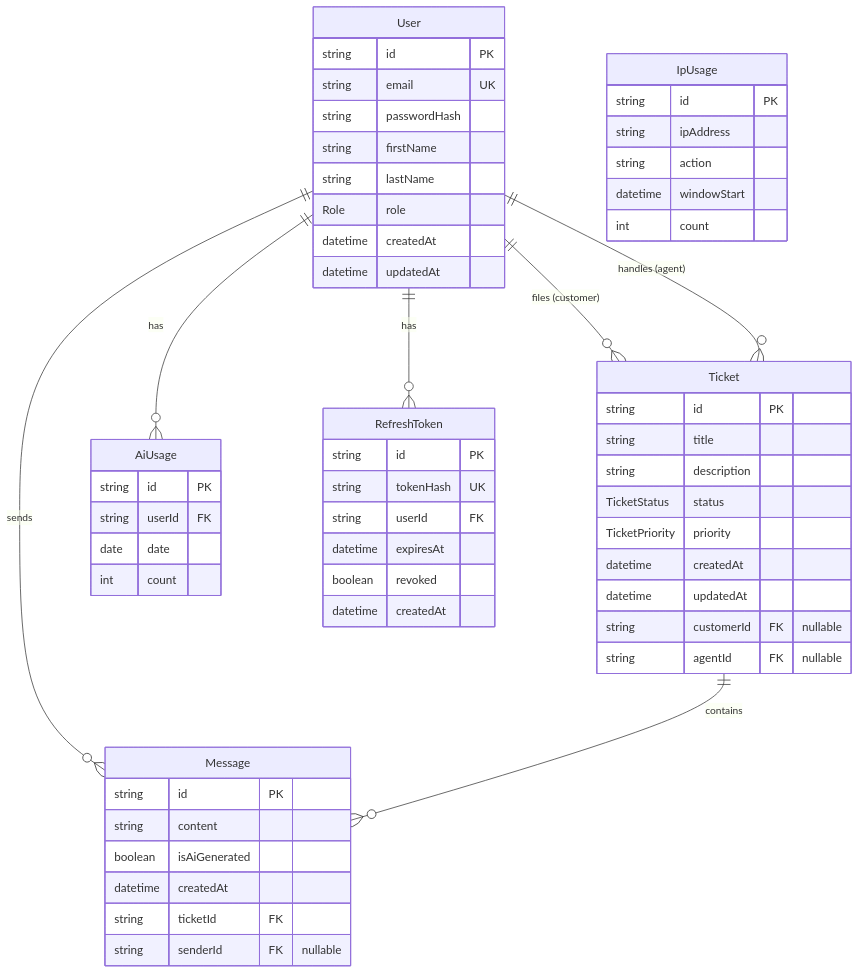
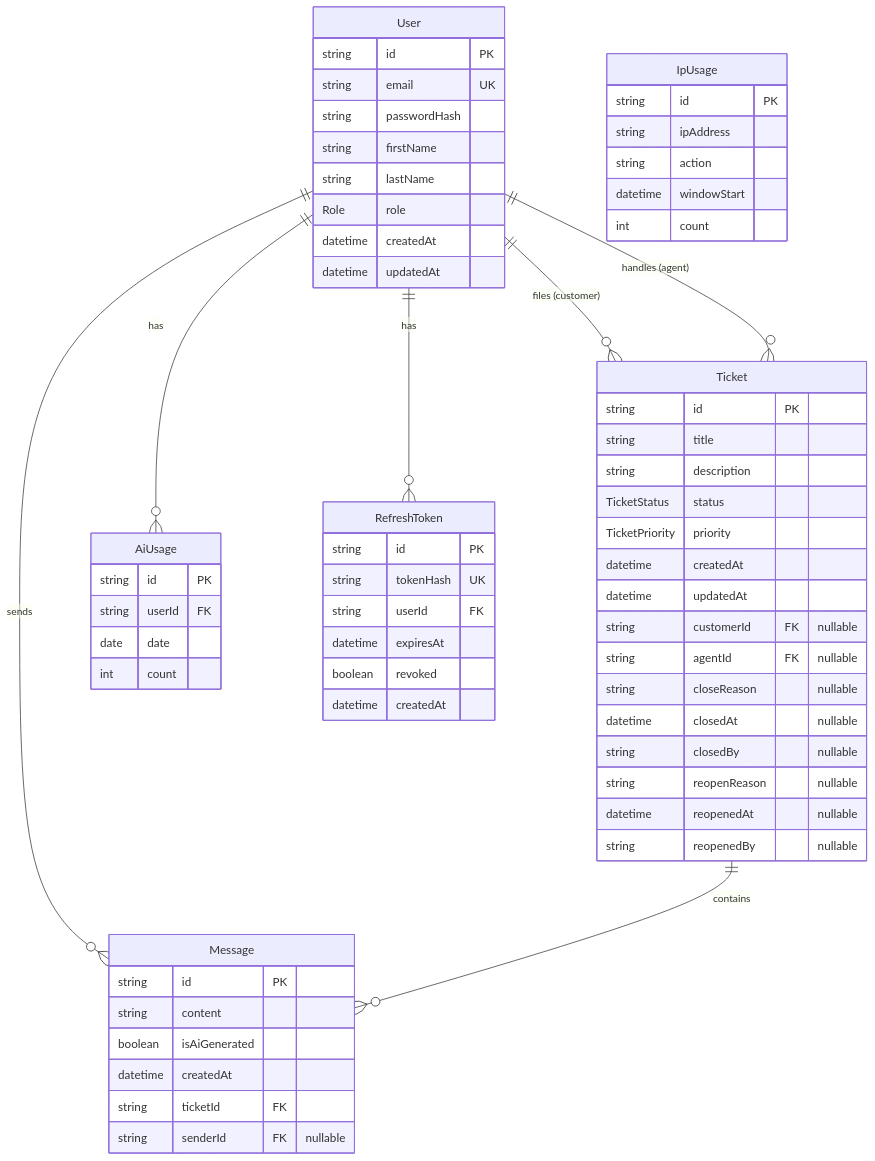
One commit to Molnar-Zoltan/it-helpdesk changed the diagram in docs/schema.md. Above: the diagram before and after it, drawn with Mermaid. The commit also changed other lines of this file and 3 other files, not shown here.

Commit message:
docs: document ticket endpoints and update roadmap (Step 4.1.8)

````diff
--- a/docs/schema.md
+++ b/docs/schema.md
@@ -20,65 +20,71 @@
 ```mermaid
 erDiagram
     User ||--o{ Ticket : "files (customer)"
     User ||--o{ Ticket : "handles (agent)"
     User ||--o{ Message : sends
     User ||--o{ AiUsage : has
     User ||--o{ RefreshToken : has
     Ticket ||--o{ Message : contains
 
     User {
         string id PK
         string email UK
         string passwordHash
         string firstName
         string lastName
         Role role
         datetime createdAt
         datetime updatedAt
     }
 
     Ticket {
         string id PK
         string title
         string description
         TicketStatus status
         TicketPriority priority
         datetime createdAt
         datetime updatedAt
         string customerId FK "nullable"
         string agentId FK "nullable"
+        string closeReason "nullable"
+        datetime closedAt "nullable"
+        string closedBy "nullable"
+        string reopenReason "nullable"
+        datetime reopenedAt "nullable"
+        string reopenedBy "nullable"
     }
 
     Message {
         string id PK
         string content
         boolean isAiGenerated
         datetime createdAt
         string ticketId FK
         string senderId FK "nullable"
     }
 
     AiUsage {
         string id PK
         string userId FK
         date date
         int count
     }
 
     IpUsage {
         string id PK
         string ipAddress
         string action
         datetime windowStart
         int count
     }
 
     RefreshToken {
         string id PK
         string tokenHash UK
         string userId FK
         datetime expiresAt
         boolean revoked
         datetime createdAt
     }
 ```
````
